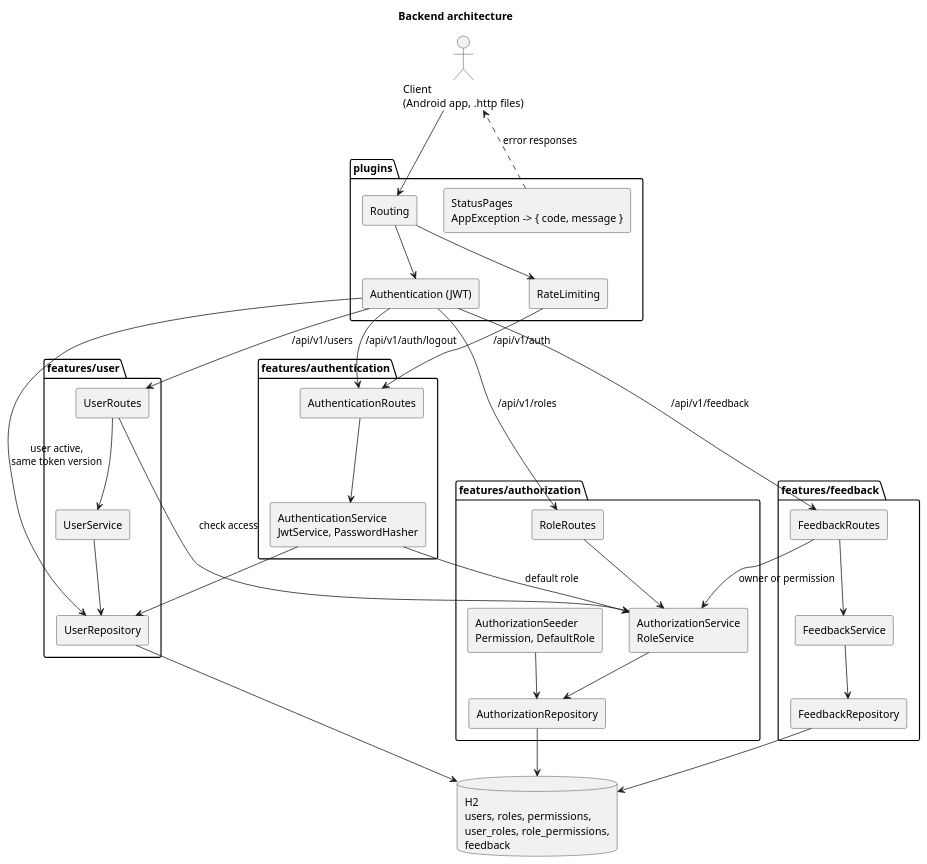
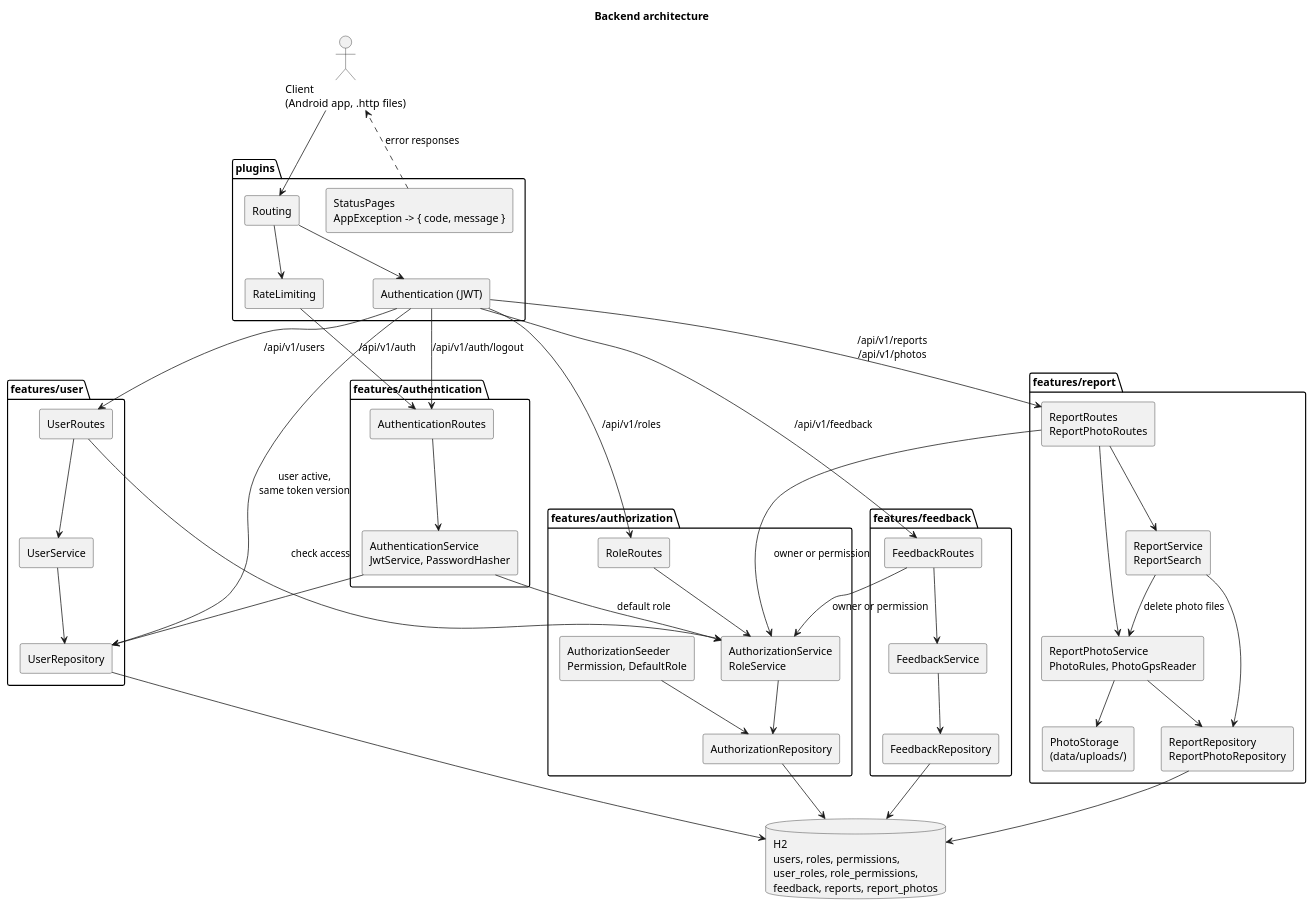
One commit to CleanPrompt/brul changed the diagram in docs/diagrams/architecture.puml. Above: the diagram before and after it, drawn with PlantUML. The commit also changed 71 other files, not shown here.

First line of the commit message:
Report-feature met foto's en GPS (fase 14)

```diff
--- a/docs/diagrams/architecture.puml
+++ b/docs/diagrams/architecture.puml
@@ -1,70 +1,87 @@
 @startuml
 title Backend architecture
 skinparam componentStyle rectangle
 
 actor "Client\n(Android app, .http files)" as Client
 
 package "plugins" {
   component "RateLimiting" as RateLimit
   component "Authentication (JWT)" as Jwt
   component "StatusPages\nAppException -> { code, message }" as StatusPages
   component "Routing" as Routing
 }
 
 package "features/authentication" {
   component "AuthenticationRoutes" as AuthenticationRoutes
   component "AuthenticationService\nJwtService, PasswordHasher" as AuthenticationService
 }
 
 package "features/user" {
   component "UserRoutes" as UserRoutes
   component "UserService" as UserService
   component "UserRepository" as UserRepository
 }
 
 package "features/authorization" {
   component "RoleRoutes" as RoleRoutes
   component "AuthorizationService\nRoleService" as AuthorizationService
   component "AuthorizationRepository" as AuthorizationRepository
   component "AuthorizationSeeder\nPermission, DefaultRole" as Seeder
 }
 
 package "features/feedback" {
   component "FeedbackRoutes" as FeedbackRoutes
   component "FeedbackService" as FeedbackService
   component "FeedbackRepository" as FeedbackRepository
 }
 
-database "H2\nusers, roles, permissions,\nuser_roles, role_permissions,\nfeedback" as DB
+package "features/report" {
+  component "ReportRoutes\nReportPhotoRoutes" as ReportRoutes
+  component "ReportService\nReportSearch" as ReportService
+  component "ReportPhotoService\nPhotoRules, PhotoGpsReader" as ReportPhotoService
+  component "ReportRepository\nReportPhotoRepository" as ReportRepository
+  component "PhotoStorage\n(data/uploads/)" as PhotoStorage
+}
+
+database "H2\nusers, roles, permissions,\nuser_roles, role_permissions,\nfeedback, reports, report_photos" as DB
 
 Client --> Routing
 Routing --> RateLimit
 RateLimit --> AuthenticationRoutes : /api/v1/auth
 Routing --> Jwt
 Jwt --> AuthenticationRoutes : /api/v1/auth/logout
 Jwt --> UserRoutes : /api/v1/users
 Jwt --> RoleRoutes : /api/v1/roles
 Jwt --> FeedbackRoutes : /api/v1/feedback
+Jwt --> ReportRoutes : /api/v1/reports\n/api/v1/photos
 Jwt --> UserRepository : user active,\nsame token version
 
 AuthenticationRoutes --> AuthenticationService
 AuthenticationService --> UserRepository
 AuthenticationService --> AuthorizationService : default role
 
 UserRoutes --> AuthorizationService : check access
 UserRoutes --> UserService
 RoleRoutes --> AuthorizationService
 FeedbackRoutes --> AuthorizationService : owner or permission
 FeedbackRoutes --> FeedbackService
 FeedbackService --> FeedbackRepository
 FeedbackRepository --> DB
+ReportRoutes --> AuthorizationService : owner or permission
+ReportRoutes --> ReportService
+ReportRoutes --> ReportPhotoService
+ReportService --> ReportRepository
+ReportService --> ReportPhotoService : delete photo files
+ReportPhotoService --> ReportRepository
+ReportPhotoService --> PhotoStorage
+ReportRepository --> DB
 
 UserService --> UserRepository
 AuthorizationService --> AuthorizationRepository
 Seeder --> AuthorizationRepository
 
 UserRepository --> DB
 AuthorizationRepository --> DB
 
 StatusPages ..> Client : error responses
 @enduml
```
